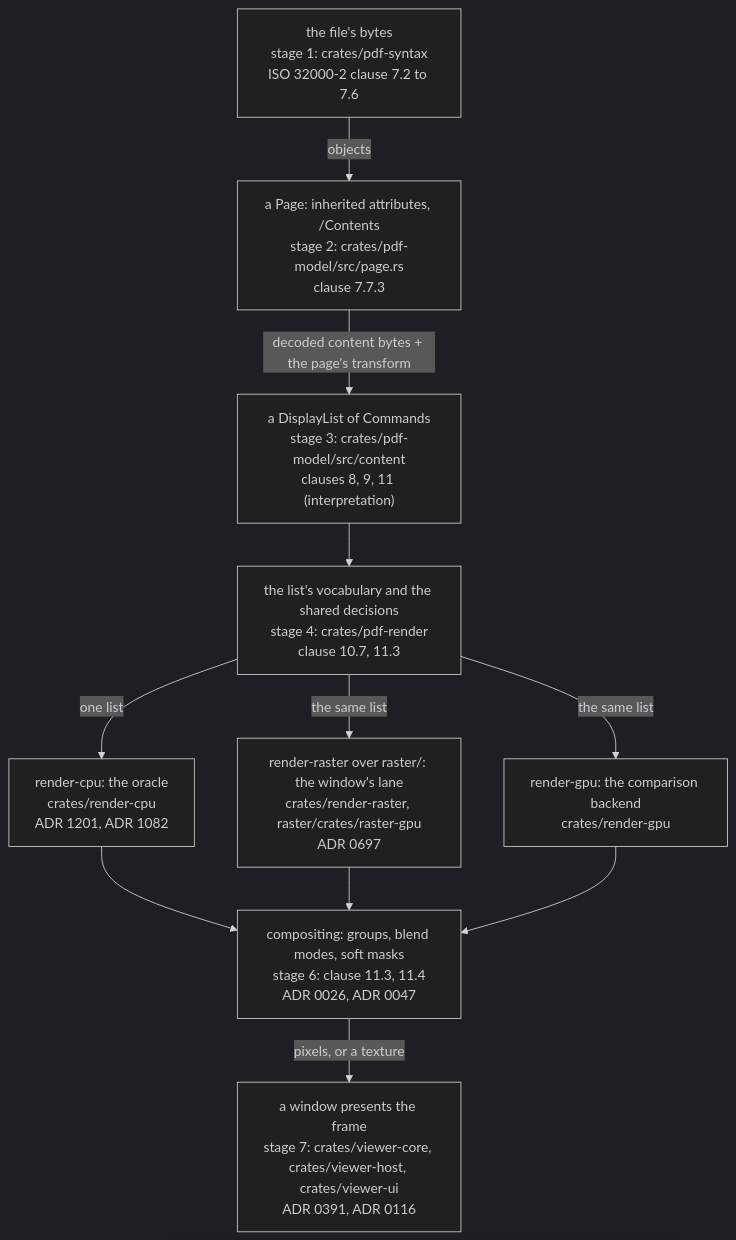
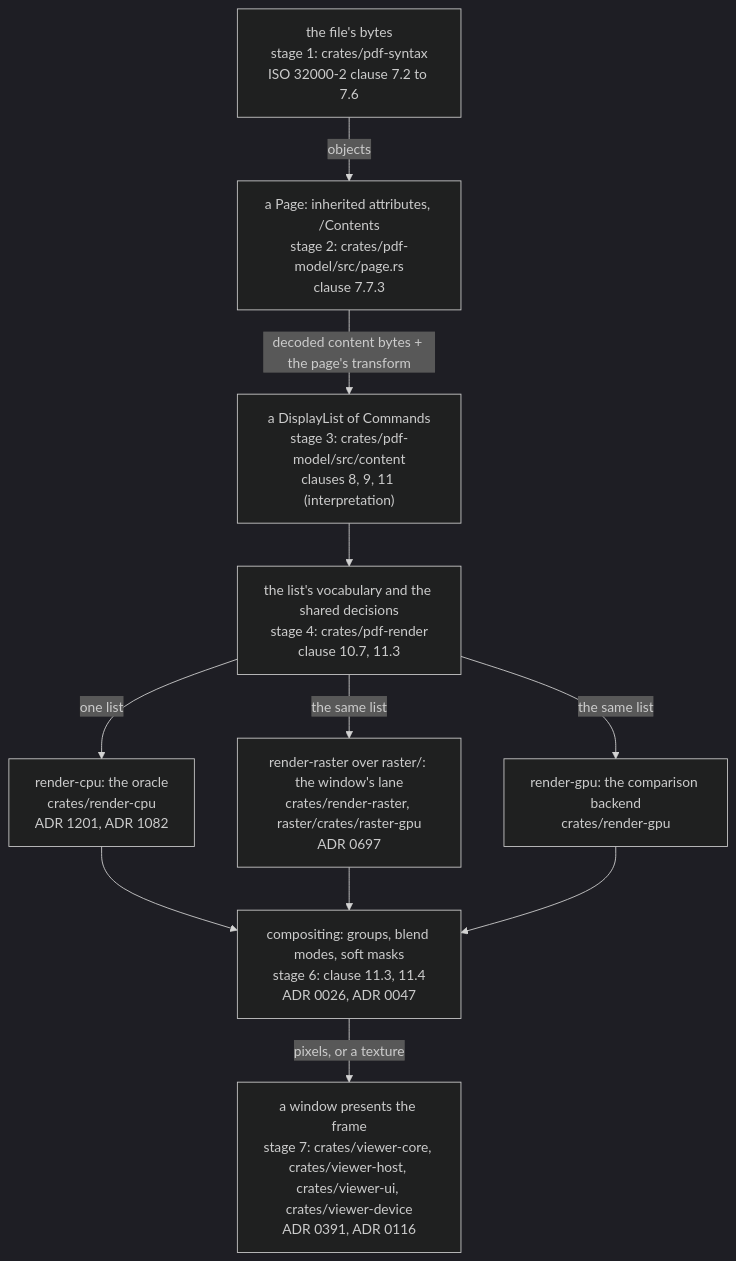
Before and after one commit to close2/pdf-viewer: the first of 8 diagrams in doc/teaching/how-a-page-lands-on-the-screen.md, drawn with Mermaid (dark theme). The commit also changed other lines of this file and 167 other files, not shown here.

````diff
--- a/doc/teaching/how-a-page-lands-on-the-screen.md
+++ b/doc/teaching/how-a-page-lands-on-the-screen.md
@@ -53,23 +53,23 @@
 ```mermaid
 flowchart TD
     FILE["the file's bytes<br/>stage 1: crates/pdf-syntax<br/>ISO 32000-2 clause 7.2 to 7.6"]
     PAGE["a Page: inherited attributes, /Contents<br/>stage 2: crates/pdf-model/src/page.rs<br/>clause 7.7.3"]
     LIST["a DisplayList of Commands<br/>stage 3: crates/pdf-model/src/content<br/>clauses 8, 9, 11 (interpretation)"]
     VOCAB["the list's vocabulary and the shared decisions<br/>stage 4: crates/pdf-render<br/>clause 10.7, 11.3"]
     CPU["render-cpu: the oracle<br/>crates/render-cpu<br/>ADR 1201, ADR 1082"]
     RAS["render-raster over raster/: the window's lane<br/>crates/render-raster, raster/crates/raster-gpu<br/>ADR 0697"]
     GPU["render-gpu: the comparison backend<br/>crates/render-gpu"]
     COMP["compositing: groups, blend modes, soft masks<br/>stage 6: clause 11.3, 11.4<br/>ADR 0026, ADR 0047"]
-    WIN["a window presents the frame<br/>stage 7: crates/viewer-core, crates/viewer-host, crates/viewer-ui<br/>ADR 0391, ADR 0116"]
+    WIN["a window presents the frame<br/>stage 7: crates/viewer-core, crates/viewer-host, crates/viewer-ui, crates/viewer-device<br/>ADR 0391, ADR 0116"]
 
     FILE -->|objects| PAGE
     PAGE -->|"decoded content bytes + the page's transform"| LIST
     LIST --> VOCAB
     VOCAB -->|"one list"| CPU
     VOCAB -->|"the same list"| RAS
     VOCAB -->|"the same list"| GPU
     CPU --> COMP
     RAS --> COMP
     GPU --> COMP
     COMP -->|"pixels, or a texture"| WIN
 ```
````
